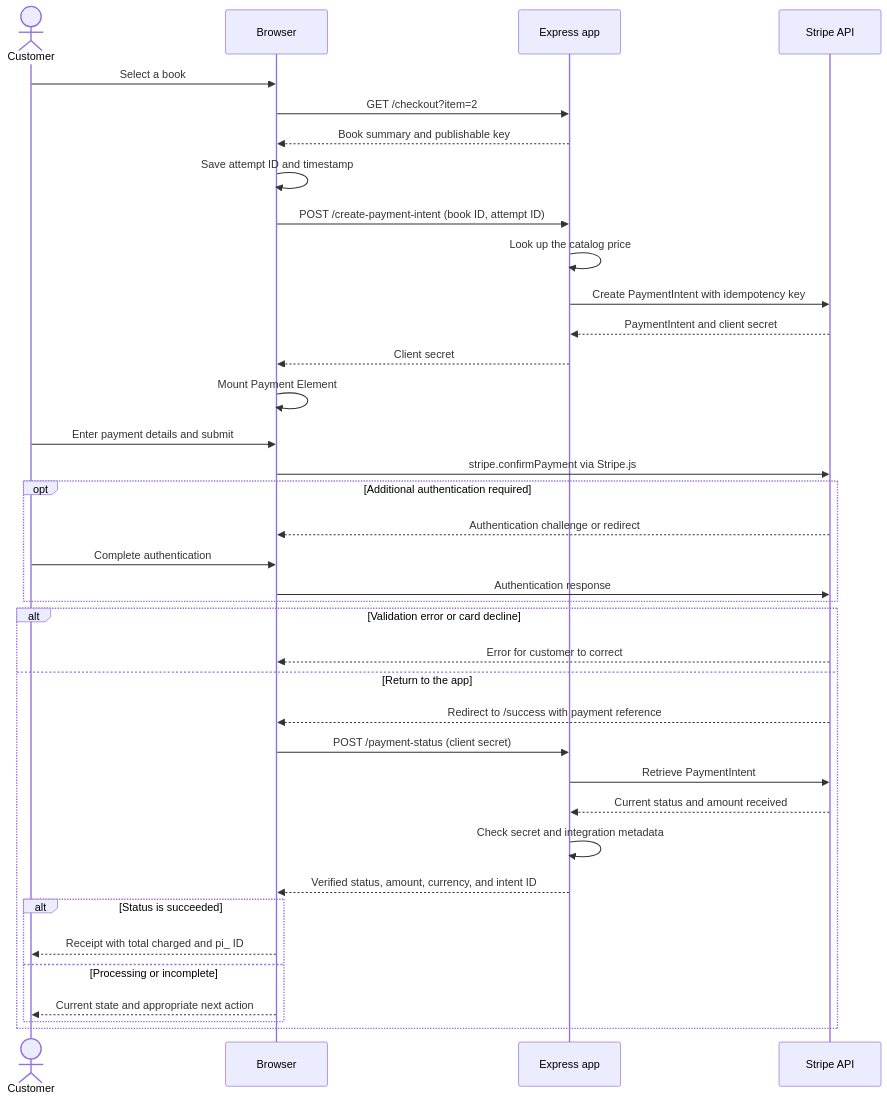
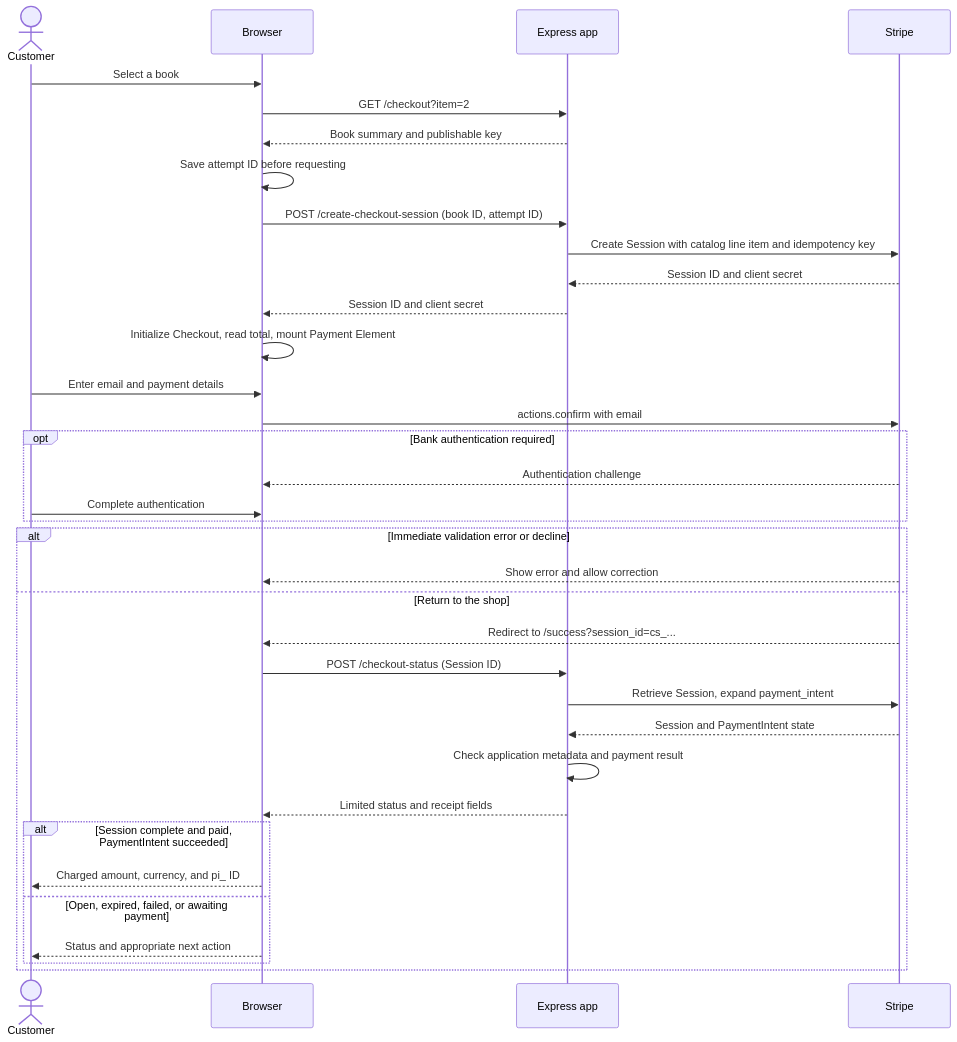
The second of 4 diagrams in docs/design.md (rifahmirzaa/sa-takehome-project-node), drawn with Mermaid before and after one commit. The commit also changed other lines of this file and 2 other files, not shown here.

Commit message:
update setup and diagrams for Checkout Sessions

````diff
--- a/docs/design.md
+++ b/docs/design.md
@@ -36,39 +28,37 @@
 ```mermaid
 sequenceDiagram
     actor Customer
     participant Browser
     participant App as Express app
-    participant Stripe as Stripe API
+    participant Stripe
     Customer->>Browser: Select a book
     Browser->>App: GET /checkout?item=2
     App-->>Browser: Book summary and publishable key
-    Browser->>Browser: Save attempt ID and timestamp
-    Browser->>App: POST /create-payment-intent (book ID, attempt ID)
-    App->>App: Look up the catalog price
-    App->>Stripe: Create PaymentIntent with idempotency key
-    Stripe-->>App: PaymentIntent and client secret
-    App-->>Browser: Client secret
-    Browser->>Browser: Mount Payment Element
-    Customer->>Browser: Enter payment details and submit
-    Browser->>Stripe: stripe.confirmPayment via Stripe.js
-    opt Additional authentication required
-        Stripe-->>Browser: Authentication challenge or redirect
+    Browser->>Browser: Save attempt ID before requesting
+    Browser->>App: POST /create-checkout-session (book ID, attempt ID)
+    App->>Stripe: Create Session with catalog line item and idempotency key
+    Stripe-->>App: Session ID and client secret
+    App-->>Browser: Session ID and client secret
+    Browser->>Browser: Initialize Checkout, read total, mount Payment Element
+    Customer->>Browser: Enter email and payment details
+    Browser->>Stripe: actions.confirm with email
+    opt Bank authentication required
+        Stripe-->>Browser: Authentication challenge
         Customer->>Browser: Complete authentication
-        Browser->>Stripe: Authentication response
     end
-    alt Validation error or card decline
-        Stripe-->>Browser: Error for customer to correct
-    else Return to the app
-        Stripe-->>Browser: Redirect to /success with payment reference
-        Browser->>App: POST /payment-status (client secret)
-        App->>Stripe: Retrieve PaymentIntent
-        Stripe-->>App: Current status and amount received
-        App->>App: Check secret and integration metadata
-        App-->>Browser: Verified status, amount, currency, and intent ID
-        alt Status is succeeded
-            Browser-->>Customer: Receipt with total charged and pi_ ID
-        else Processing or incomplete
-            Browser-->>Customer: Current state and appropriate next action
+    alt Immediate validation error or decline
+        Stripe-->>Browser: Show error and allow correction
+    else Return to the shop
+        Stripe-->>Browser: Redirect to /success?session_id=cs_...
+        Browser->>App: POST /checkout-status (Session ID)
+        App->>Stripe: Retrieve Session, expand payment_intent
+        Stripe-->>App: Session and PaymentIntent state
+        App->>App: Check application metadata and payment result
+        App-->>Browser: Limited status and receipt fields
+        alt Session complete and paid, PaymentIntent succeeded
+            Browser-->>Customer: Charged amount, currency, and pi_ ID
+        else Open, expired, failed, or awaiting payment
+            Browser-->>Customer: Status and appropriate next action
         end
     end
 ```
````
